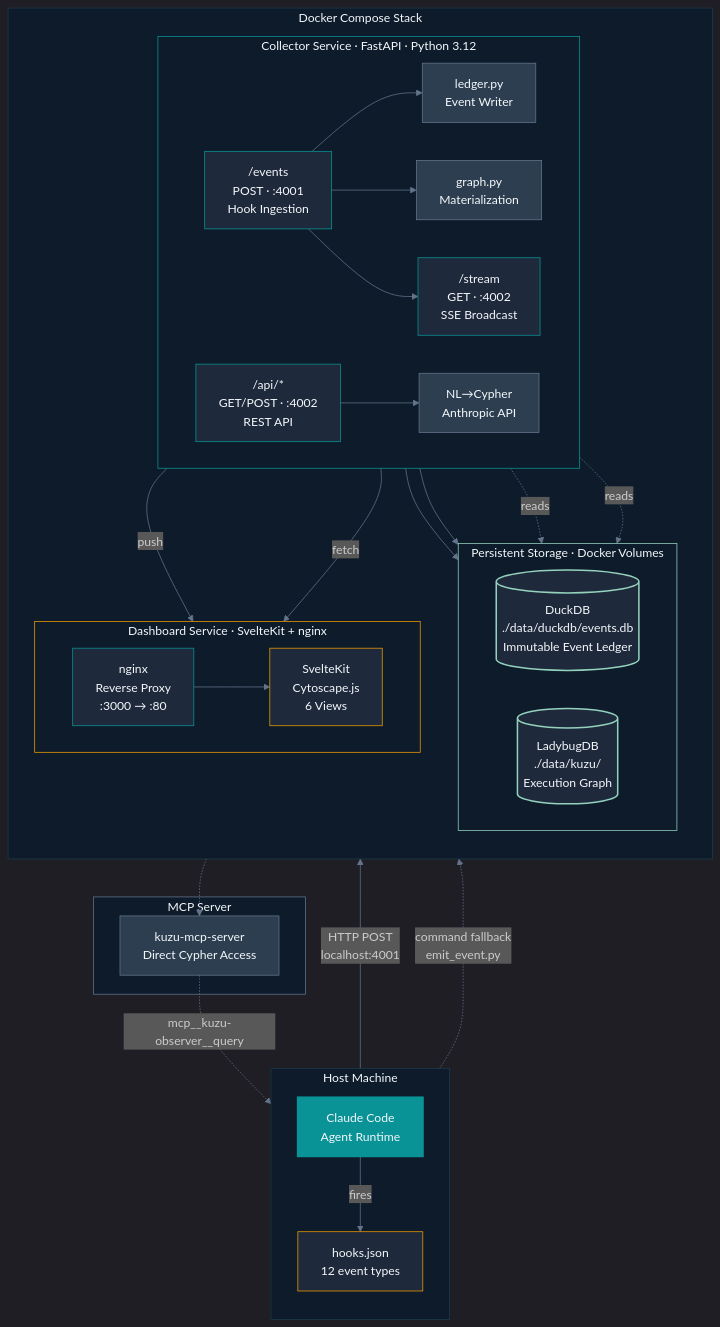
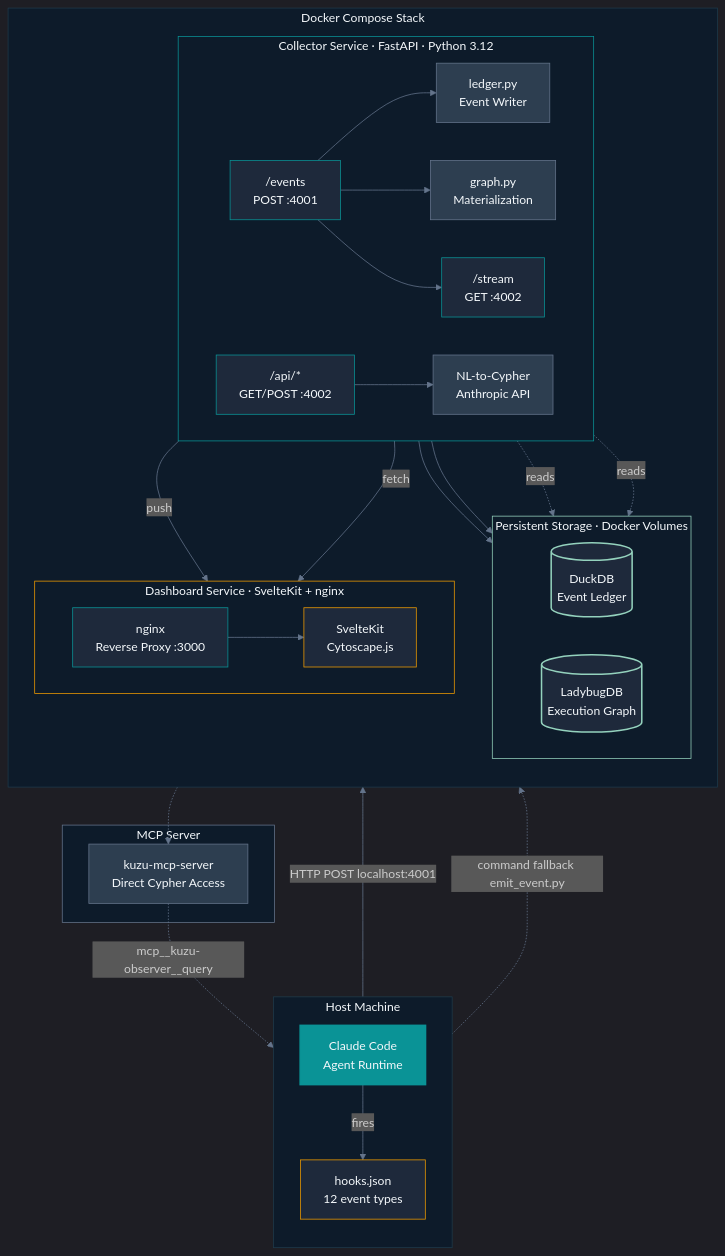
The first of 4 diagrams in docs/architecture.md (halcyondude/observable-claude), drawn with Mermaid before and after one commit. The commit also changed other lines of this file and 7 other files, not shown here.

First line of the commit message:
fix: Mermaid diagrams — replace \n with br tags for GitHub rendering

````diff
--- a/docs/architecture.md
+++ b/docs/architecture.md
@@ -12,72 +12,72 @@
 ```mermaid
 %%{init: {'theme': 'dark', 'themeVariables': {'primaryColor': '#0A9396', 'primaryBorderColor': '#0A9396', 'primaryTextColor': '#F4F8FB', 'lineColor': '#64748B', 'secondaryColor': '#1E293B', 'tertiaryColor': '#0D1B2A'}}}%%
 flowchart TB
     subgraph HOST ["Host Machine"]
         direction TB
-        CC["Claude Code\nAgent Runtime"]:::primary
-        HOOKS["hooks.json\n12 event types"]:::config
+        CC["Claude Code<br/>Agent Runtime"]:::primary
+        HOOKS["hooks.json<br/>12 event types"]:::config
 
         CC -->|fires| HOOKS
     end
 
     subgraph DOCKER ["Docker Compose Stack"]
         direction TB
         subgraph COLLECTOR ["Collector Service · FastAPI · Python 3.12"]
             direction LR
-            INGEST["/events\nPOST · :4001\nHook Ingestion"]:::endpoint
-            SSE_EP["/stream\nGET · :4002\nSSE Broadcast"]:::endpoint
-            REST["/api/*\nGET/POST · :4002\nREST API"]:::endpoint
-            NL["NL→Cypher\nAnthropic API"]:::module
-            GRAPH_MOD["graph.py\nMaterialization"]:::module
-            LEDGER_MOD["ledger.py\nEvent Writer"]:::module
+            INGEST["/events<br/>POST :4001"]:::endpoint
+            SSE_EP["/stream<br/>GET :4002"]:::endpoint
+            REST["/api/*<br/>GET/POST :4002"]:::endpoint
+            NL["NL-to-Cypher<br/>Anthropic API"]:::module
+            GRAPH_MOD["graph.py<br/>Materialization"]:::module
+            LEDGER_MOD["ledger.py<br/>Event Writer"]:::module
 
             INGEST --> LEDGER_MOD
             INGEST --> GRAPH_MOD
             INGEST --> SSE_EP
             REST --> NL
         end
 
         subgraph STORAGE ["Persistent Storage · Docker Volumes"]
             direction LR
-            DUCK[("DuckDB\n./data/duckdb/events.db\nImmutable Event Ledger")]:::storage
-            KUZU[("LadybugDB\n./data/kuzu/\nExecution Graph")]:::storage
+            DUCK[("DuckDB<br/>Event Ledger")]:::storage
+            KUZU[("LadybugDB<br/>Execution Graph")]:::storage
         end
 
         subgraph DASH_SVC ["Dashboard Service · SvelteKit + nginx"]
             direction LR
-            NGINX["nginx\nReverse Proxy\n:3000 → :80"]:::endpoint
-            SVELTE["SvelteKit\nCytoscape.js\n6 Views"]:::ui
+            NGINX["nginx<br/>Reverse Proxy :3000"]:::endpoint
+            SVELTE["SvelteKit<br/>Cytoscape.js"]:::ui
             NGINX --> SVELTE
         end
 
         LEDGER_MOD --> DUCK
         GRAPH_MOD --> KUZU
         REST -.->|reads| DUCK
         REST -.->|reads| KUZU
         SSE_EP -->|push| NGINX
         REST -->|fetch| NGINX
     end
 
     subgraph MCP ["MCP Server"]
-        KUZU_MCP["kuzu-mcp-server\nDirect Cypher Access"]:::module
+        KUZU_MCP["kuzu-mcp-server<br/>Direct Cypher Access"]:::module
     end
 
-    HOOKS -->|"HTTP POST\nlocalhost:4001"| INGEST
-    HOOKS -.->|"command fallback\nemit_event.py"| INGEST
+    HOOKS -->|"HTTP POST localhost:4001"| INGEST
+    HOOKS -.->|"command fallback emit_event.py"| INGEST
     KUZU -.-> KUZU_MCP
     KUZU_MCP -.->|"mcp__kuzu-observer__query"| CC
 
     classDef primary fill:#0A9396,stroke:#0A9396,color:#F4F8FB,stroke-width:2px
     classDef endpoint fill:#1E293B,stroke:#0A9396,color:#F4F8FB
     classDef module fill:#2D3E50,stroke:#64748B,color:#F4F8FB
     classDef storage fill:#1E293B,stroke:#94D2BD,color:#F4F8FB,stroke-width:2px
     classDef config fill:#1E293B,stroke:#EE9B00,color:#F4F8FB
     classDef ui fill:#1E293B,stroke:#EE9B00,color:#F4F8FB
 
     style HOST fill:#0D1B2A,stroke:#1E3A4A,color:#F4F8FB
     style DOCKER fill:#0D1B2A,stroke:#1E3A4A,color:#F4F8FB
     style COLLECTOR fill:#0D1B2A,stroke:#0A9396,color:#F4F8FB
     style STORAGE fill:#0D1B2A,stroke:#94D2BD,color:#F4F8FB
     style DASH_SVC fill:#0D1B2A,stroke:#EE9B00,color:#F4F8FB
     style MCP fill:#0D1B2A,stroke:#64748B,color:#F4F8FB
 ```
````
